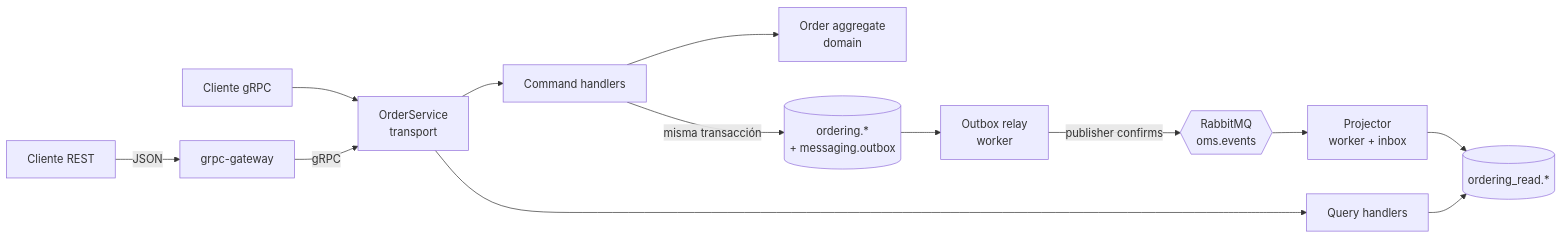
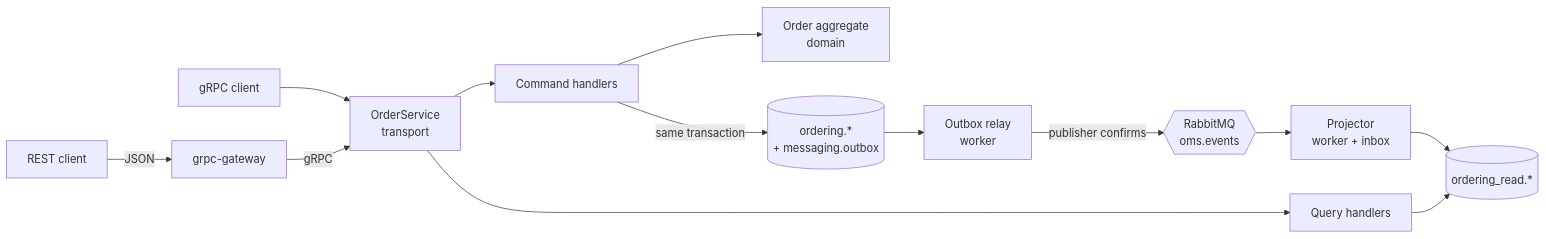
The diagram in README.md (raulalmeidatarazona/go-sdd), drawn with Mermaid before and after one commit. The commit also changed other lines of this file and 28 other files, not shown here.

````diff
--- a/README.md
+++ b/README.md
@@ -43,15 +43,15 @@
 ```mermaid
 flowchart LR
-  C[Cliente REST] -->|JSON| GW[grpc-gateway]
-  G[Cliente gRPC] --> S
+  C[REST client] -->|JSON| GW[grpc-gateway]
+  G[gRPC client] --> S
   GW -->|gRPC| S[OrderService<br/>transport]
   S --> CMD[Command handlers]
   S --> Q[Query handlers]
   CMD --> AGG[Order aggregate<br/>domain]
-  CMD -->|misma transacción| W[(ordering.*<br/>+ messaging.outbox)]
+  CMD -->|same transaction| W[(ordering.*<br/>+ messaging.outbox)]
   W --> R[Outbox relay<br/>worker]
   R -->|publisher confirms| X{{RabbitMQ<br/>oms.events}}
   X --> P[Projector<br/>worker + inbox]
   P --> RM[(ordering_read.*)]
   Q --> RM
 ```
````
